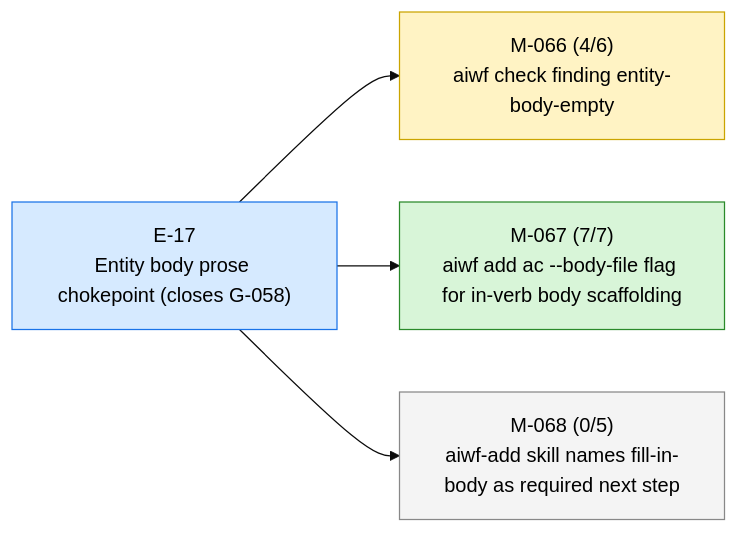
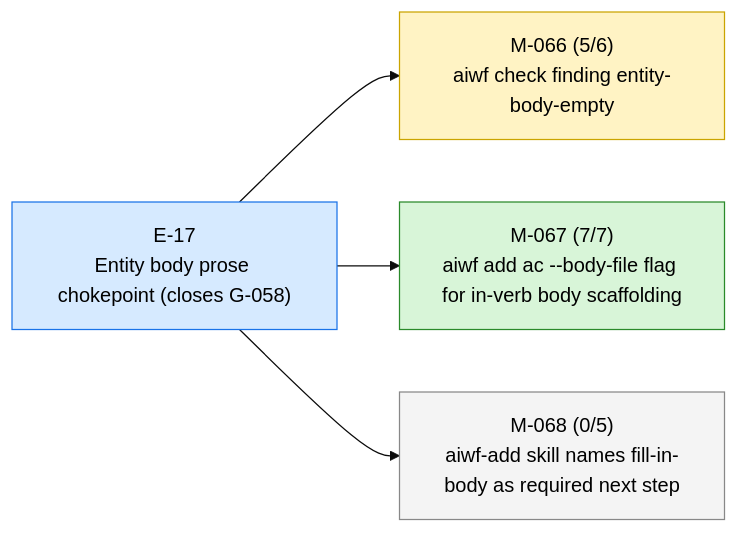
The first of 4 diagrams in STATUS.md (23min/aiwf), drawn with Mermaid (base theme) before and after one commit. The commit also changed other lines of this file and 1 other file, not shown here.

First line of the commit message:
aiwf promote M-066/AC-5 open -> met

````diff
--- a/STATUS.md
+++ b/STATUS.md
@@ -13,16 +13,16 @@
 ```mermaid
 flowchart LR
   E_17["E-17<br/>Entity body prose chokepoint (closes G-058)"]:::epic_active
-  M_066["M-066 (4/6)<br/>aiwf check finding entity-body-empty"]:::ms_in_progress
+  M_066["M-066 (5/6)<br/>aiwf check finding entity-body-empty"]:::ms_in_progress
   E_17 --> M_066
   M_067["M-067 (7/7)<br/>aiwf add ac --body-file flag for in-verb body scaffolding"]:::ms_done
   E_17 --> M_067
   M_068["M-068 (0/5)<br/>aiwf-add skill names fill-in-body as required next step"]:::ms_draft
   E_17 --> M_068
   classDef epic_active fill:#d6eaff,stroke:#1a73e8,color:#000
   classDef epic_proposed fill:#f4f4f4,stroke:#888,color:#000
   classDef ms_done fill:#d8f5d8,stroke:#2a8a2a,color:#000
   classDef ms_in_progress fill:#fff3c4,stroke:#caa400,color:#000
   classDef ms_draft fill:#f4f4f4,stroke:#888,color:#000
   classDef ms_cancelled fill:#fbeaea,stroke:#c33,color:#000
 ```
````
